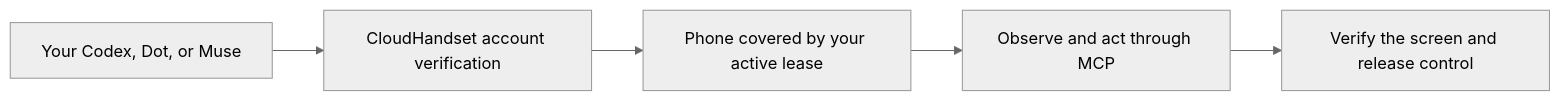
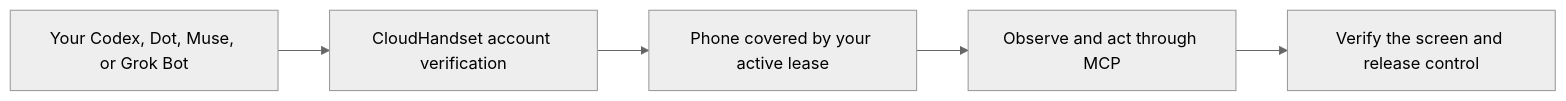
Before and after one commit to ziyouzhilong/cloudhandset-mcp: the diagram in README.md, drawn with Mermaid (neutral theme). The commit also changed other lines of this file and 13 other files, not shown here.

Commit message:
Publish Grok Bot 0.1.1 native MCP setup and skill package

````diff
--- a/README.md
+++ b/README.md
@@ -25,7 +26,7 @@
 ```mermaid
 flowchart LR
-    A[Your Codex, Dot, or Muse] --> B[CloudHandset account verification]
+    A[Your Codex, Dot, Muse, or Grok Bot] --> B[CloudHandset account verification]
     B --> C[Phone covered by your active lease]
     C --> D[Observe and act through MCP]
     D --> E[Verify the screen and release control]
 ```
````
